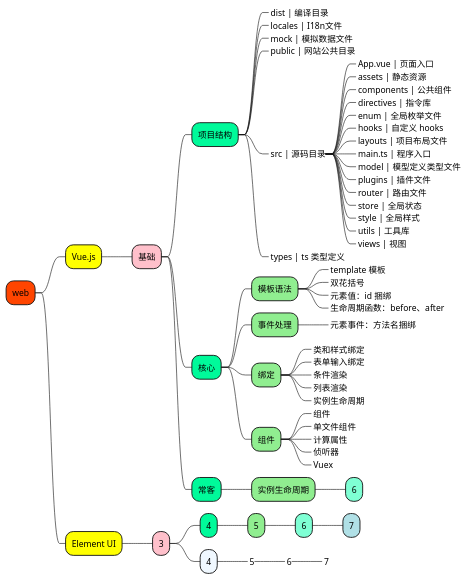
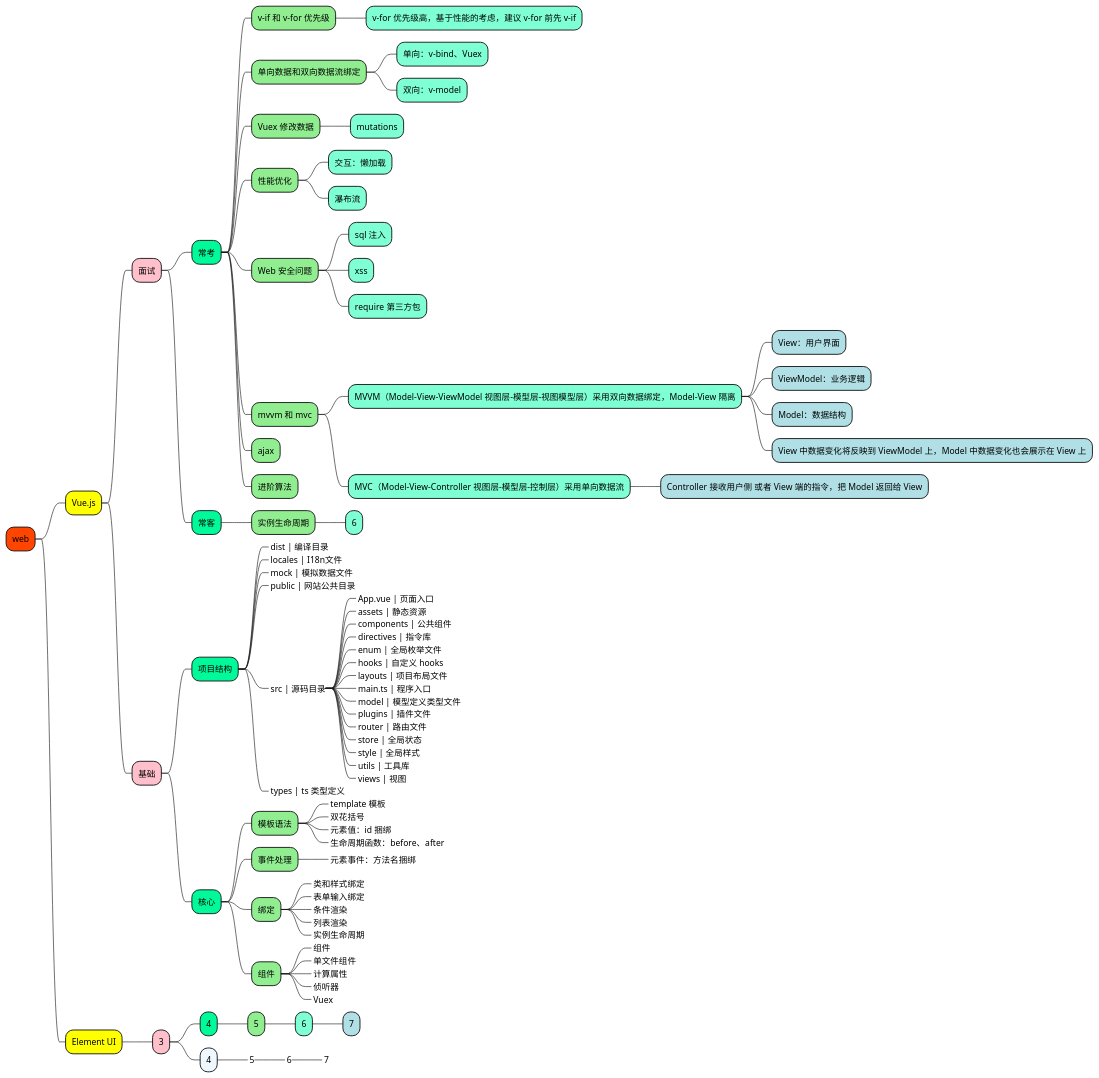
One commit to doveg/self-cultivation-of-a-software-engineer changed the diagram in 1_map/web/Vue.puml. Above: the diagram before and after it, drawn with PlantUML. The commit also changed 8 other files, not shown here.

```diff
--- a/1_map/web/Vue.puml
+++ b/1_map/web/Vue.puml
@@ -1,83 +1,123 @@
 @startmindmap
 
 +[#OrangeRed] web
 
 ++[#yellow] Vue.js
+
++++[#Pink] 面试
+
+++++[#MediumSpringGreen] 常考
++++++[#LightGreen] v-if 和 v-for 优先级
+++++++[#Aquamarine] v-for 优先级高，基于性能的考虑，建议 v-for 前先 v-if
++++++[#LightGreen] 单向数据和双向数据流绑定
+++++++[#Aquamarine] 单向：v-bind、Vuex
+++++++[#Aquamarine] 双向：v-model
++++++[#LightGreen] Vuex 修改数据
+++++++[#Aquamarine] mutations
++++++[#LightGreen] 性能优化
+++++++[#Aquamarine] 交互：懒加载
+++++++[#Aquamarine] 瀑布流
++++++[#LightGreen] Web 安全问题
+++++++[#Aquamarine] sql 注入
+++++++[#Aquamarine] xss
+++++++[#Aquamarine] require 第三方包
++++++[#LightGreen] mvvm 和 mvc
+++++++[#Aquamarine] MVVM（Model-View-ViewModel 视图层-模型层-视图模型层）采用双向数据绑定，Model-View 隔离
++++++++[#PowderBlue] View：用户界面
++++++++[#PowderBlue] ViewModel：业务逻辑
++++++++[#PowderBlue] Model：数据结构
++++++++[#PowderBlue] View 中数据变化将反映到 ViewModel 上，Model 中数据变化也会展示在 View 上
+++++++[#Aquamarine] MVC（Model-View-Controller 视图层-模型层-控制层）采用单向数据流
++++++++[#PowderBlue] Controller 接收用户侧 或者 View 端的指令，把 Model 返回给 View
++++++[#LightGreen] ajax
++++++[#LightGreen] 进阶算法
+
+++++[#MediumSpringGreen] 常客
+
++++++[#LightGreen] 实例生命周期
+++++++[#Aquamarine] 6
+
+
+
 
 +++[#Pink] 基础
 
 ++++[#MediumSpringGreen] 项目结构
 +++++[#LightGreen]_ dist | 编译目录
 +++++[#LightGreen]_ locales | I18n文件
 +++++[#LightGreen]_ mock | 模拟数据文件
 +++++[#LightGreen]_ public | 网站公共目录
 +++++[#LightGreen]_ src | 源码目录
 ++++++[#Aquamarine]_ App.vue | 页面入口
 ++++++[#Aquamarine]_ assets | 静态资源
 ++++++[#Aquamarine]_ components | 公共组件
 ++++++[#Aquamarine]_ directives | 指令库
 ++++++[#Aquamarine]_ enum | 全局枚举文件
 ++++++[#Aquamarine]_ hooks | 自定义 hooks
 ++++++[#Aquamarine]_ layouts | 项目布局文件
 ++++++[#Aquamarine]_ main.ts | 程序入口
 ++++++[#Aquamarine]_ model | 模型定义类型文件
 ++++++[#Aquamarine]_ plugins | 插件文件
 ++++++[#Aquamarine]_ router | 路由文件
 ++++++[#Aquamarine]_ store | 全局状态
 ++++++[#Aquamarine]_ style | 全局样式
 ++++++[#Aquamarine]_ utils | 工具库
 ++++++[#Aquamarine]_ views | 视图
 +++++[#LightGreen]_ types | ts 类型定义
 
 
 ++++[#MediumSpringGreen] 核心
 
 +++++[#LightGreen] 模板语法
 ++++++[#Aquamarine]_ template 模板
 ++++++[#Aquamarine]_ 双花括号
 ++++++[#Aquamarine]_ 元素值：id 捆绑
 ++++++[#Aquamarine]_ 生命周期函数：before、after
 
 +++++[#LightGreen] 事件处理
 ++++++[#Aquamarine]_ 元素事件：方法名捆绑
 
 +++++[#LightGreen] 绑定
 ++++++[#Aquamarine]_ 类和样式绑定
 ++++++[#Aquamarine]_ 表单输入绑定
 ++++++[#Aquamarine]_ 条件渲染
 ++++++[#Aquamarine]_ 列表渲染
 ++++++[#Aquamarine]_ 实例生命周期
 
 +++++[#LightGreen] 组件
 ++++++[#Aquamarine]_ 组件
 ++++++[#Aquamarine]_ 单文件组件
 ++++++[#Aquamarine]_ 计算属性
 ++++++[#Aquamarine]_ 侦听器
 ++++++[#Aquamarine]_ Vuex
 
 
 
+++[#yellow] Element UI
 
 
-++++[#MediumSpringGreen] 常客
 
-+++++[#LightGreen] 实例生命周期
-++++++[#Aquamarine] 6
 
-++[#yellow] Element UI
+
+
+
 
 +++[#Pink] 3
 
 ++++[#MediumSpringGreen] 4
 
 +++++[#LightGreen] 5
 ++++++[#Aquamarine] 6
 +++++++[#PowderBlue] 7
 
 ++++[#AliceBlue] 4
 +++++[#GhostWhite]_ 5
 ++++++[#PowderBlue]_ 6
 +++++++[#PowderBlue]_ 7
 
 
+'https://www.ruanyifeng.com/blog/2015/02/mvcmvp_mvvm.html
+
+
+
 @endmindmap
```
